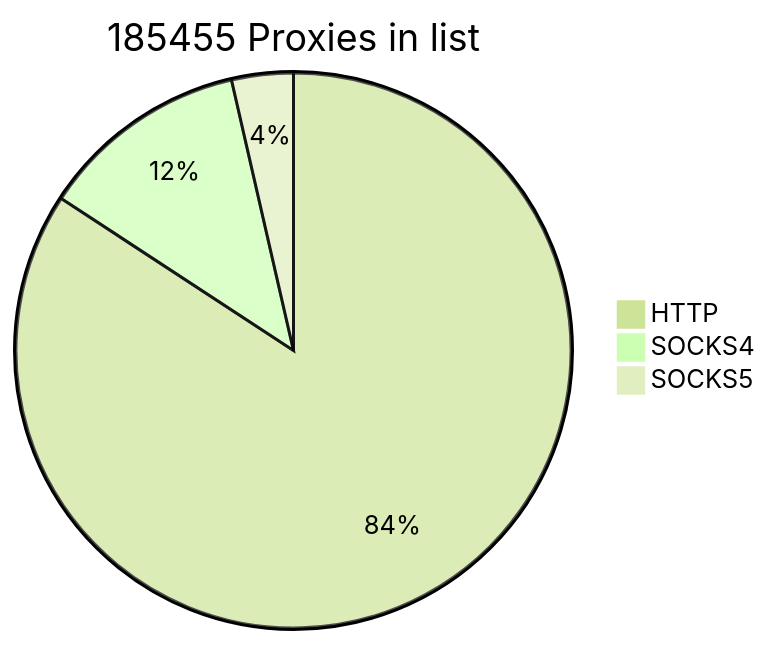
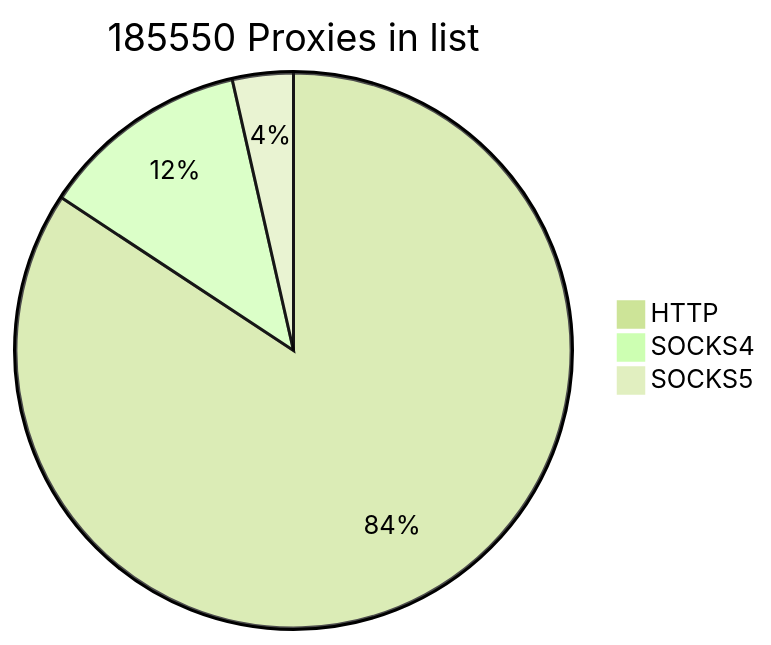
Before and after one commit to cutipu/proxylist: the first of 2 diagrams in README.md, drawn with Mermaid (forest theme). The commit also changed other lines of this file, not shown here.

````diff
--- a/README.md
+++ b/README.md
@@ -2,7 +2,7 @@
 ```mermaid
-pie title 185455 Proxies in list
-    "HTTP" : 156200
-    "SOCKS4" : 22606
-    "SOCKS5" : 6649
+pie title 185550 Proxies in list
+    "HTTP" : 156364
+    "SOCKS4" : 22618
+    "SOCKS5" : 6568
             
 ```
````
